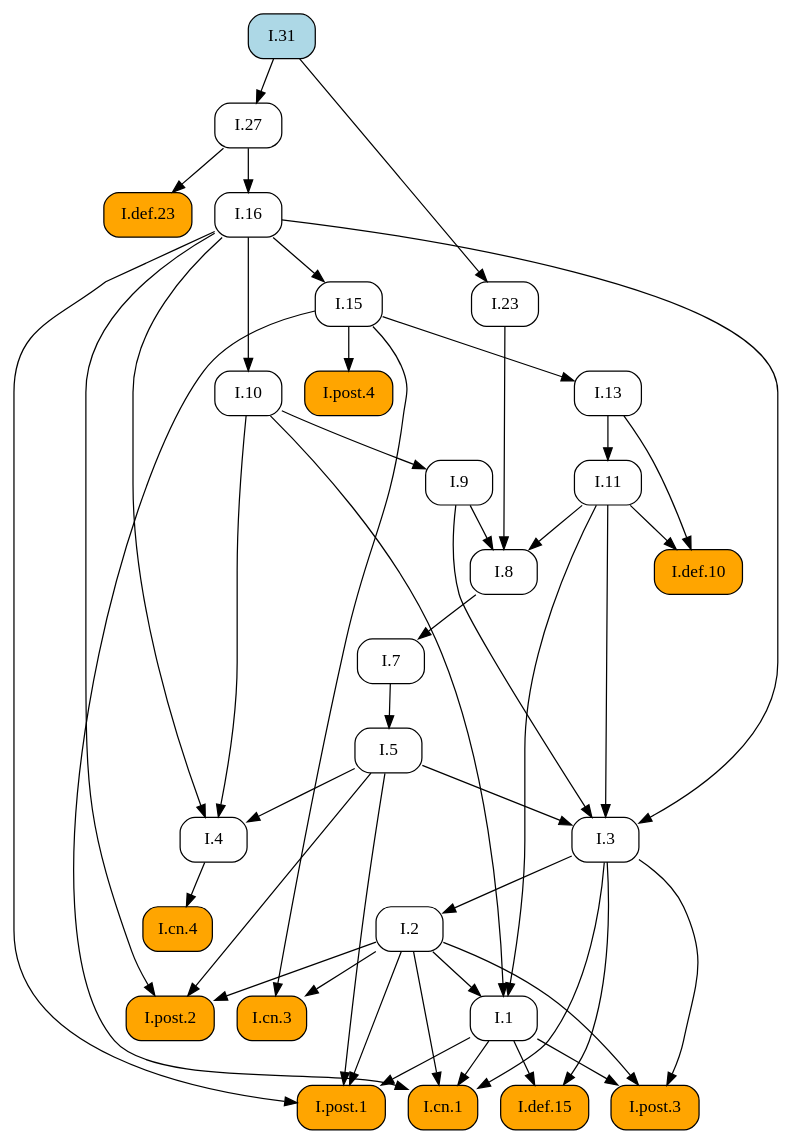
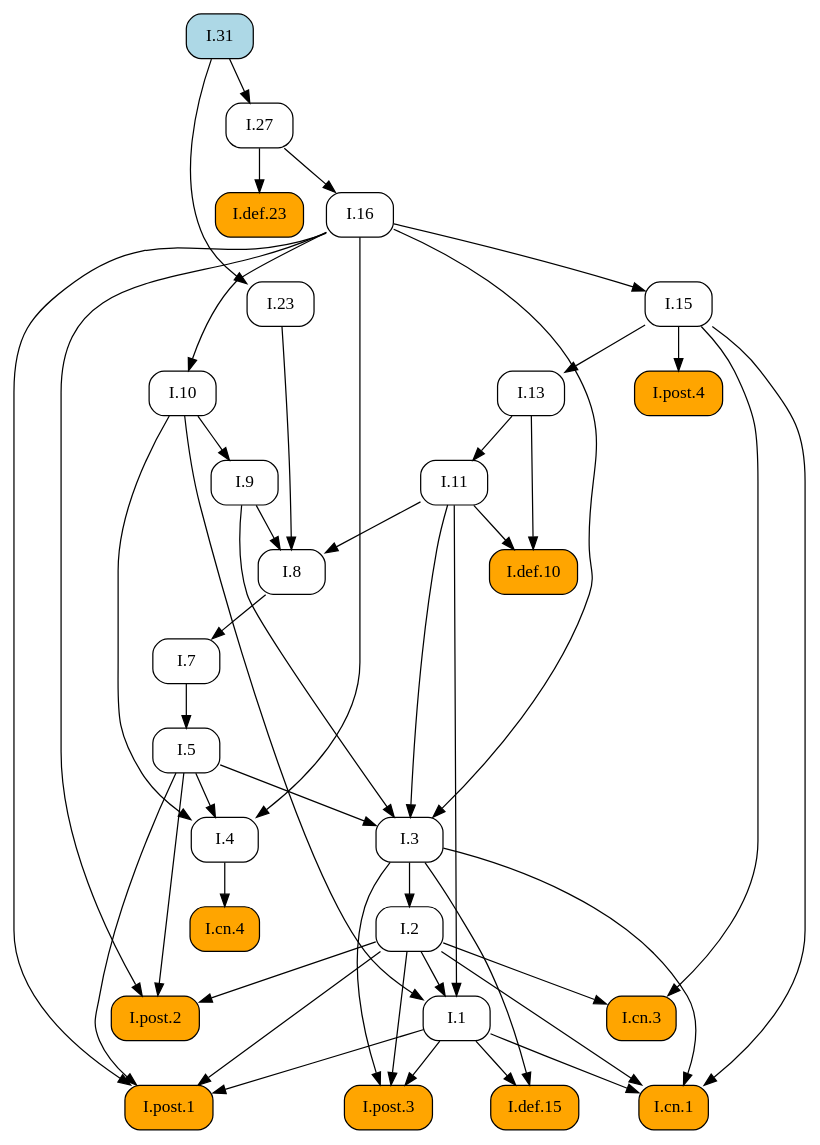
Before and after one commit to geometor/elements: the diagram in docsrc/heath/I/31/index.rst, drawn with Graphviz. The commit also changed other lines of this file and 484 other files, not shown here.

```diff
--- a/docsrc/heath/I/31/index.rst
+++ b/docsrc/heath/I/31/index.rst
@@ -37,79 +37,79 @@
 .. graphviz::
 
    digraph {
      rankdir="TB";
      node [shape=box, style=rounded];
+     "I.23" [URL="/heath/I/23/", target="_top"];
+     "I.9" [URL="/heath/I/9/", target="_top"];
+     "I.cn.1" [style="rounded,filled", fillcolor=orange, URL="/heath/I/cn.1/", target="_top"];
+     "I.7" [URL="/heath/I/7/", target="_top"];
+     "I.2" [URL="/heath/I/2/", target="_top"];
+     "I.def.15" [style="rounded,filled", fillcolor=orange, URL="/heath/I/def.15/", target="_top"];
+     "I.13" [URL="/heath/I/13/", target="_top"];
+     "I.post.4" [style="rounded,filled", fillcolor=orange, URL="/heath/I/post.4/", target="_top"];
+     "I.4" [URL="/heath/I/4/", target="_top"];
+     "I.1" [URL="/heath/I/1/", target="_top"];
+     "I.post.3" [style="rounded,filled", fillcolor=orange, URL="/heath/I/post.3/", target="_top"];
+     "I.post.1" [style="rounded,filled", fillcolor=orange, URL="/heath/I/post.1/", target="_top"];
+     "I.5" [URL="/heath/I/5/", target="_top"];
+     "I.8" [URL="/heath/I/8/", target="_top"];
+     "I.cn.3" [style="rounded,filled", fillcolor=orange, URL="/heath/I/cn.3/", target="_top"];
+     "I.16" [URL="/heath/I/16/", target="_top"];
+     "I.31" [style="rounded,filled", fillcolor=lightblue, URL="/heath/I/31/", target="_top"];
      "I.def.10" [style="rounded,filled", fillcolor=orange, URL="/heath/I/def.10/", target="_top"];
+     "I.15" [URL="/heath/I/15/", target="_top"];
+     "I.10" [URL="/heath/I/10/", target="_top"];
      "I.11" [URL="/heath/I/11/", target="_top"];
-     "I.post.4" [style="rounded,filled", fillcolor=orange, URL="/heath/I/post.4/", target="_top"];
-     "I.1" [URL="/heath/I/1/", target="_top"];
+     "I.def.23" [style="rounded,filled", fillcolor=orange, URL="/heath/I/def.23/", target="_top"];
      "I.27" [URL="/heath/I/27/", target="_top"];
-     "I.7" [URL="/heath/I/7/", target="_top"];
+     "I.cn.4" [style="rounded,filled", fillcolor=orange, URL="/heath/I/cn.4/", target="_top"];
+     "I.post.2" [style="rounded,filled", fillcolor=orange, URL="/heath/I/post.2/", target="_top"];
      "I.3" [URL="/heath/I/3/", target="_top"];
-     "I.2" [URL="/heath/I/2/", target="_top"];
-     "I.def.23" [style="rounded,filled", fillcolor=orange, URL="/heath/I/def.23/", target="_top"];
-     "I.4" [URL="/heath/I/4/", target="_top"];
-     "I.13" [URL="/heath/I/13/", target="_top"];
-     "I.post.2" [style="rounded,filled", fillcolor=orange, URL="/heath/I/post.2/", target="_top"];
-     "I.31" [style="rounded,filled", fillcolor=lightblue, URL="/heath/I/31/", target="_top"];
-     "I.16" [URL="/heath/I/16/", target="_top"];
-     "I.def.15" [style="rounded,filled", fillcolor=orange, URL="/heath/I/def.15/", target="_top"];
-     "I.9" [URL="/heath/I/9/", target="_top"];
-     "I.post.3" [style="rounded,filled", fillcolor=orange, URL="/heath/I/post.3/", target="_top"];
-     "I.cn.1" [style="rounded,filled", fillcolor=orange, URL="/heath/I/cn.1/", target="_top"];
-     "I.cn.3" [style="rounded,filled", fillcolor=orange, URL="/heath/I/cn.3/", target="_top"];
-     "I.8" [URL="/heath/I/8/", target="_top"];
-     "I.cn.4" [style="rounded,filled", fillcolor=orange, URL="/heath/I/cn.4/", target="_top"];
-     "I.23" [URL="/heath/I/23/", target="_top"];
-     "I.15" [URL="/heath/I/15/", target="_top"];
-     "I.post.1" [style="rounded,filled", fillcolor=orange, URL="/heath/I/post.1/", target="_top"];
-     "I.10" [URL="/heath/I/10/", target="_top"];
-     "I.5" [URL="/heath/I/5/", target="_top"];
-     "I.11" -> "I.def.10";
-     "I.13" -> "I.def.10";
-     "I.13" -> "I.11";
+     "I.31" -> "I.23";
+     "I.10" -> "I.9";
+     "I.1" -> "I.cn.1";
+     "I.2" -> "I.cn.1";
+     "I.3" -> "I.cn.1";
+     "I.15" -> "I.cn.1";
+     "I.8" -> "I.7";
+     "I.3" -> "I.2";
+     "I.1" -> "I.def.15";
+     "I.3" -> "I.def.15";
+     "I.15" -> "I.13";
      "I.15" -> "I.post.4";
+     "I.5" -> "I.4";
+     "I.10" -> "I.4";
+     "I.16" -> "I.4";
      "I.2" -> "I.1";
      "I.10" -> "I.1";
      "I.11" -> "I.1";
+     "I.1" -> "I.post.3";
+     "I.2" -> "I.post.3";
+     "I.3" -> "I.post.3";
+     "I.1" -> "I.post.1";
+     "I.2" -> "I.post.1";
+     "I.5" -> "I.post.1";
+     "I.16" -> "I.post.1";
+     "I.7" -> "I.5";
+     "I.9" -> "I.8";
+     "I.11" -> "I.8";
+     "I.23" -> "I.8";
+     "I.2" -> "I.cn.3";
+     "I.15" -> "I.cn.3";
+     "I.27" -> "I.16";
+     "I.11" -> "I.def.10";
+     "I.13" -> "I.def.10";
+     "I.16" -> "I.15";
+     "I.16" -> "I.10";
+     "I.13" -> "I.11";
+     "I.27" -> "I.def.23";
      "I.31" -> "I.27";
-     "I.8" -> "I.7";
+     "I.4" -> "I.cn.4";
+     "I.2" -> "I.post.2";
+     "I.5" -> "I.post.2";
+     "I.16" -> "I.post.2";
      "I.5" -> "I.3";
      "I.9" -> "I.3";
      "I.11" -> "I.3";
      "I.16" -> "I.3";
-     "I.3" -> "I.2";
-     "I.27" -> "I.def.23";
-     "I.5" -> "I.4";
-     "I.10" -> "I.4";
-     "I.16" -> "I.4";
-     "I.15" -> "I.13";
-     "I.2" -> "I.post.2";
-     "I.5" -> "I.post.2";
-     "I.16" -> "I.post.2";
-     "I.27" -> "I.16";
-     "I.1" -> "I.def.15";
-     "I.3" -> "I.def.15";
-     "I.10" -> "I.9";
-     "I.1" -> "I.post.3";
-     "I.2" -> "I.post.3";
-     "I.3" -> "I.post.3";
-     "I.1" -> "I.cn.1";
-     "I.2" -> "I.cn.1";
-     "I.3" -> "I.cn.1";
-     "I.15" -> "I.cn.1";
-     "I.2" -> "I.cn.3";
-     "I.15" -> "I.cn.3";
-     "I.9" -> "I.8";
-     "I.11" -> "I.8";
-     "I.23" -> "I.8";
-     "I.4" -> "I.cn.4";
-     "I.31" -> "I.23";
-     "I.16" -> "I.15";
-     "I.1" -> "I.post.1";
-     "I.2" -> "I.post.1";
-     "I.5" -> "I.post.1";
-     "I.16" -> "I.post.1";
-     "I.16" -> "I.10";
-     "I.7" -> "I.5";
    }
```
